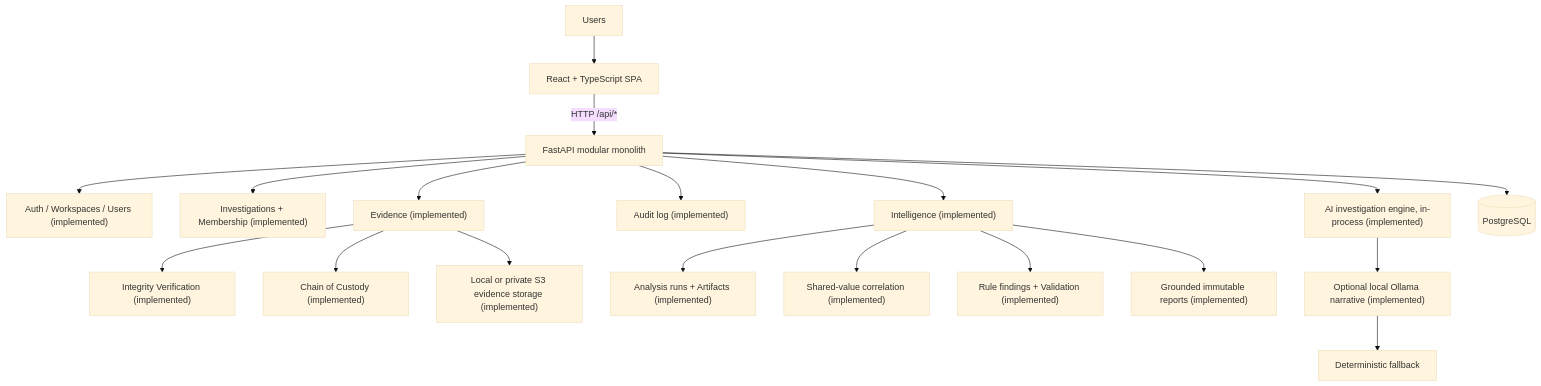
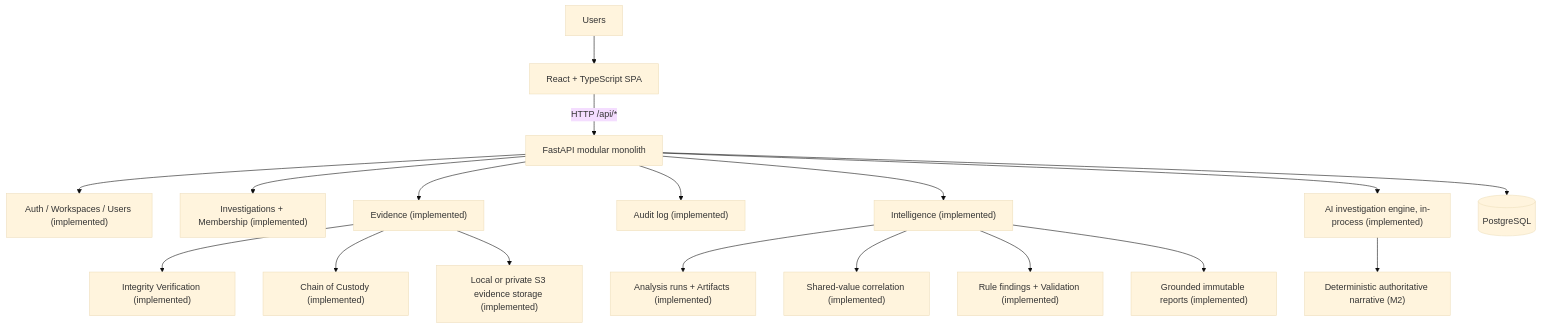
One commit to shikhar-sahay/provena changed the second of 3 diagrams in docs/architecture.md. Above: the diagram before and after it, drawn with Mermaid (base theme). The commit also changed other lines of this file and 12 other files, not shown here.

````diff
--- a/docs/architecture.md
+++ b/docs/architecture.md
@@ -60,21 +60,20 @@
 ```mermaid
 flowchart TB
     Users --> SPA["React + TypeScript SPA"]
     SPA -->|"HTTP /api/*"| API["FastAPI modular monolith"]
     API --> Auth["Auth / Workspaces / Users (implemented)"]
     API --> Inv["Investigations + Membership (implemented)"]
     API --> Ev["Evidence (implemented)"]
     Ev --> Integ["Integrity Verification (implemented)"]
     Ev --> Cust["Chain of Custody (implemented)"]
     Ev --> Store["Local or private S3 evidence storage (implemented)"]
     API --> Audit["Audit log (implemented)"]
     API --> Intel["Intelligence (implemented)"]
     Intel --> Runs["Analysis runs + Artifacts (implemented)"]
     Intel --> Corr["Shared-value correlation (implemented)"]
     Intel --> Find["Rule findings + Validation (implemented)"]
     Intel --> Rep["Grounded immutable reports (implemented)"]
     API --> AI["AI investigation engine, in-process (implemented)"]
-    AI --> LLM["Optional local Ollama narrative (implemented)"]
-    LLM --> Fall["Deterministic fallback"]
+    AI --> Fall["Deterministic authoritative narrative (M2)"]
     API --> PG[("PostgreSQL")]
 ```
````
